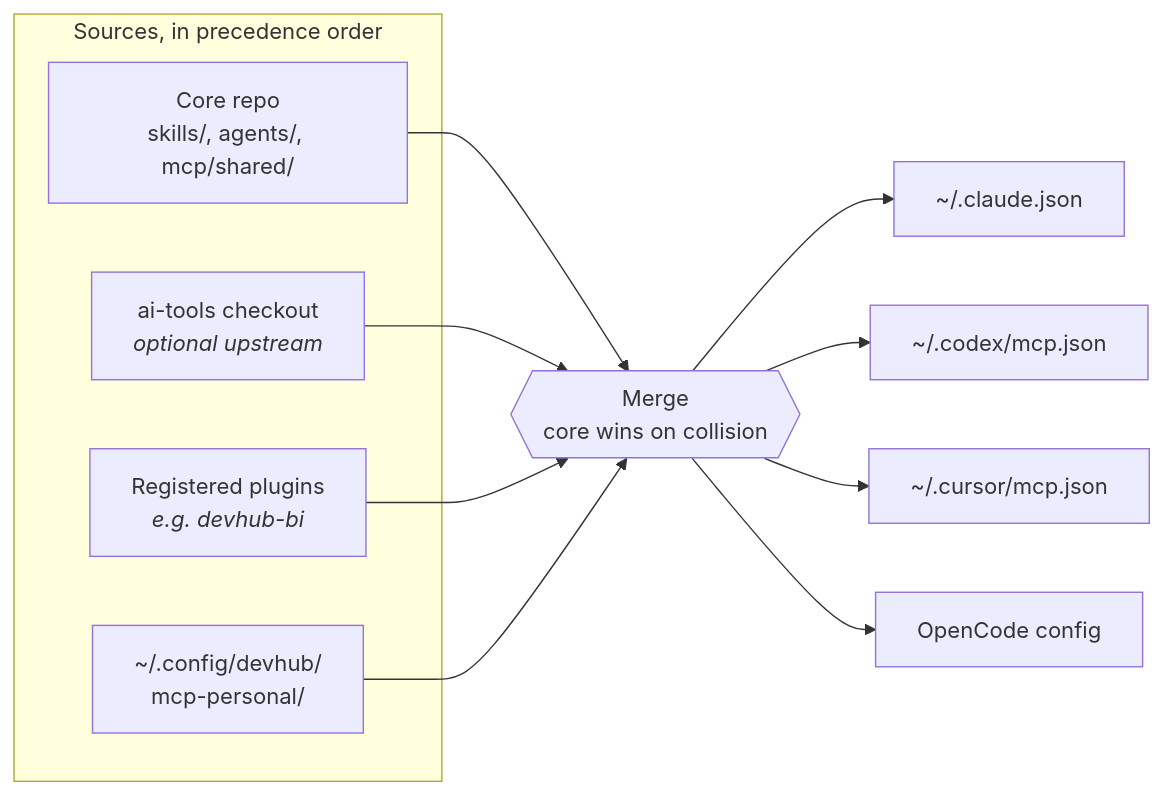
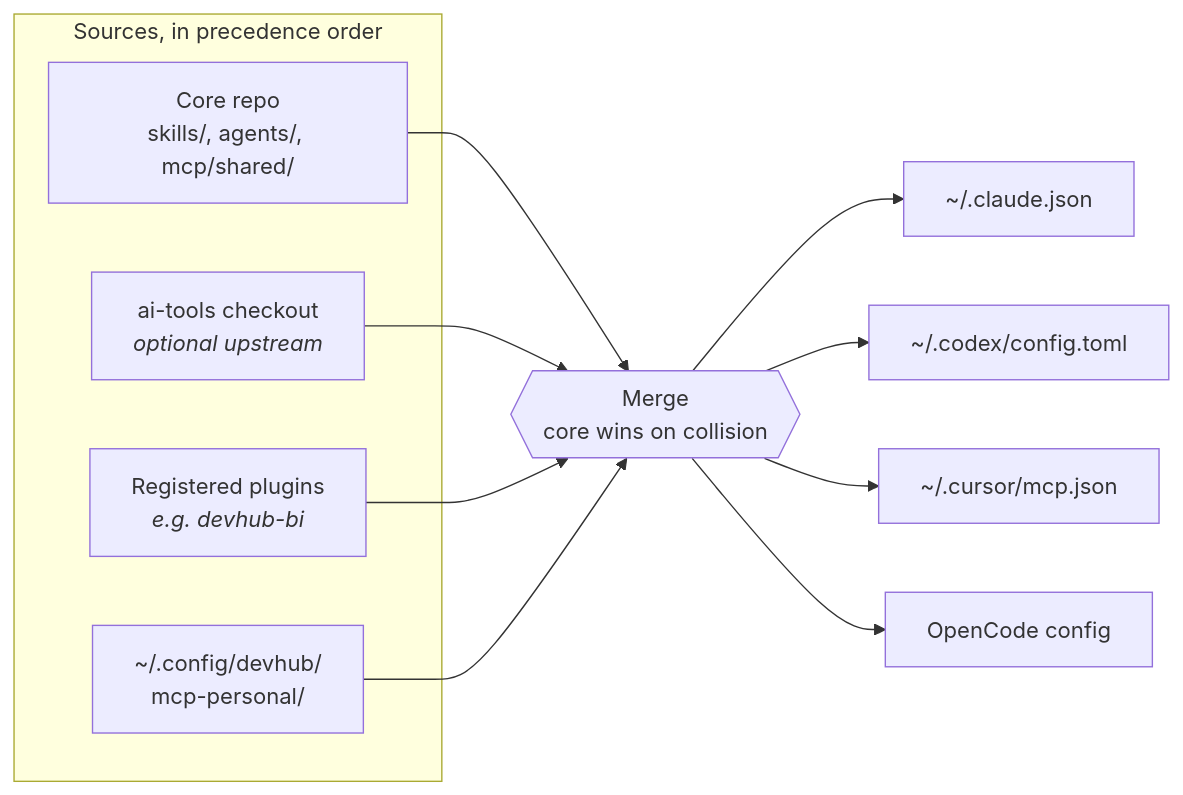
One commit to jmcelreavey/devhub changed the diagram in docs/architecture/sync-engine.md. Above: the diagram before and after it, drawn with Mermaid. The commit also changed other lines of this file and 116 other files, not shown here.

````diff
--- a/docs/architecture/sync-engine.md
+++ b/docs/architecture/sync-engine.md
@@ -17,19 +17,19 @@
 ```mermaid
 graph LR
   subgraph sources["Sources, in precedence order"]
     core["Core repo<br/>skills/, agents/, mcp/shared/"]
     ai["ai-tools checkout<br/><i>optional upstream</i>"]
     plug["Registered plugins<br/><i>e.g. devhub-bi</i>"]
     personal["~/.config/devhub/<br/>mcp-personal/"]
   end
 
   core --> merge{{"Merge<br/>core wins on collision"}}
   ai --> merge
   plug --> merge
   personal --> merge
 
   merge --> claude["~/.claude.json"]
-  merge --> codex["~/.codex/mcp.json"]
+  merge --> codex["~/.codex/config.toml"]
   merge --> cursor["~/.cursor/mcp.json"]
   merge --> oc["OpenCode config"]
 ```
````
